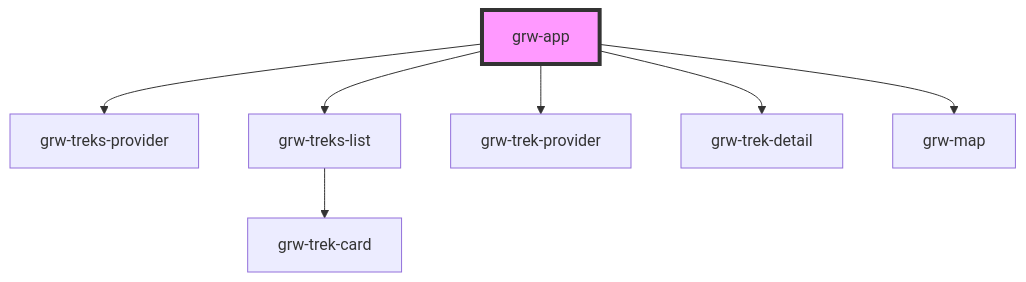
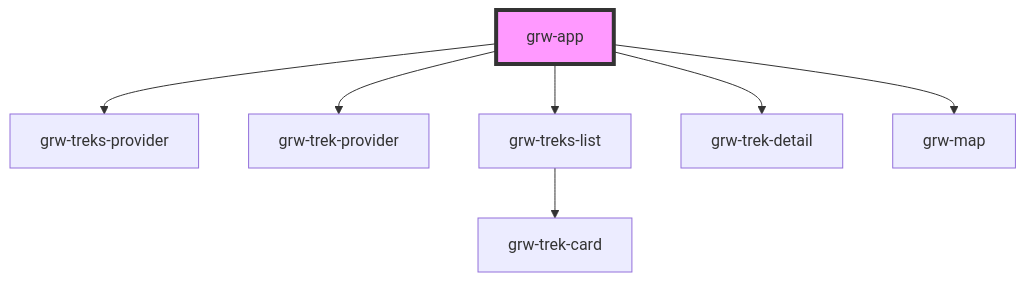
One commit to GeotrekCE/Geotrek-rando-widget changed the diagram in src/components/grw-app/readme.md. Above: the diagram before and after it, drawn with Mermaid. The commit also changed other lines of this file and 29 other files, not shown here.

````diff
--- a/src/components/grw-app/readme.md
+++ b/src/components/grw-app/readme.md
@@ -30,10 +44,10 @@
 ```mermaid
 graph TD;
   grw-app --> grw-treks-provider
+  grw-app --> grw-trek-provider
   grw-app --> grw-treks-list
-  grw-app --> grw-trek-provider
   grw-app --> grw-trek-detail
   grw-app --> grw-map
   grw-treks-list --> grw-trek-card
   style grw-app fill:#f9f,stroke:#333,stroke-width:4px
 ```
````
